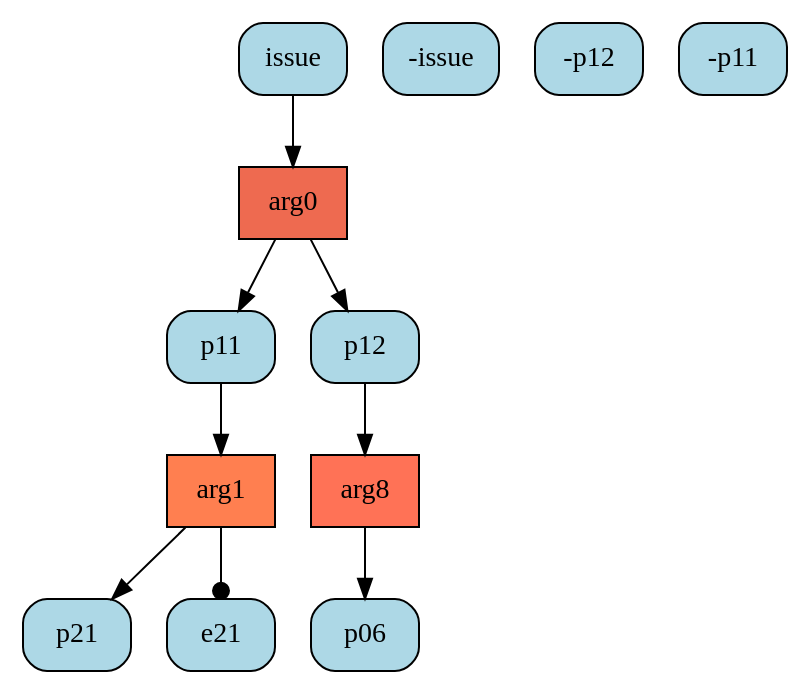
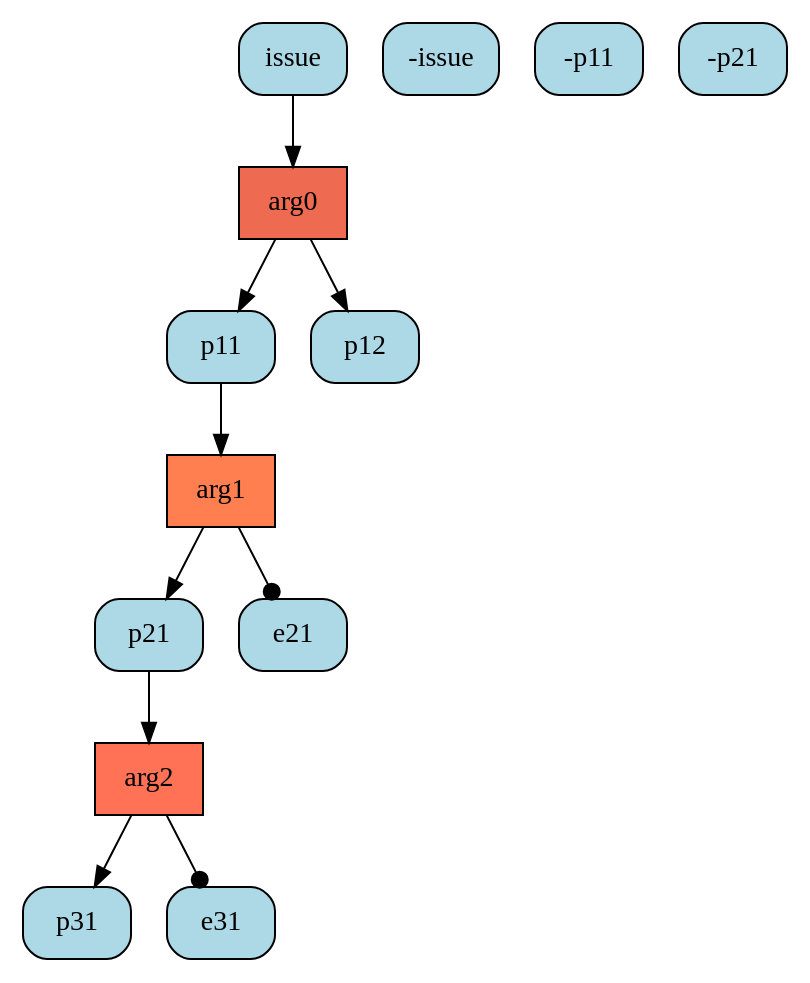
One commit to goweiting/carneades-ext changed the diagram in system/dot/deep1vs1/1_0-2.dot. Above: the diagram before and after it, drawn with Graphviz. The commit also changed 51 other files, not shown here.

Commit message:
included the original full graph

```diff
--- a/system/dot/deep1vs1/1_0-2.dot
+++ b/system/dot/deep1vs1/1_0-2.dot
@@ -1,22 +1,24 @@
 digraph G{ 
 "arg0" [color="black", fillcolor="coral2",fixedsize=false, shape=box, style="filled"]; 
 "issue" [color="black", fillcolor="lightblue", fixedsize=false,  shape="box", style="rounded,filled"]; 
 "-issue" [color="black", fillcolor="lightblue", fixedsize=false,  shape="box", style="rounded,filled"]; 
 "p11" [color="black", fillcolor="lightblue", fixedsize=false,  shape="box", style="rounded,filled"]; 
 "p12" [color="black", fillcolor="lightblue", fixedsize=false,  shape="box", style="rounded,filled"]; 
-"arg8" [color="black", fillcolor="coral1",fixedsize=false, shape=box, style="filled"]; 
-"-p12" [color="black", fillcolor="lightblue", fixedsize=false,  shape="box", style="rounded,filled"]; 
-"p06" [color="black", fillcolor="lightblue", fixedsize=false,  shape="box", style="rounded,filled"]; 
 "arg1" [color="black", fillcolor="coral",fixedsize=false, shape=box, style="filled"]; 
 "-p11" [color="black", fillcolor="lightblue", fixedsize=false,  shape="box", style="rounded,filled"]; 
 "p21" [color="black", fillcolor="lightblue", fixedsize=false,  shape="box", style="rounded,filled"]; 
 "e21" [color="black", fillcolor="lightblue", fixedsize=false,  shape="box", style="rounded,filled"]; 
+"arg2" [color="black", fillcolor="coral1",fixedsize=false, shape=box, style="filled"]; 
+"-p21" [color="black", fillcolor="lightblue", fixedsize=false,  shape="box", style="rounded,filled"]; 
+"p31" [color="black", fillcolor="lightblue", fixedsize=false,  shape="box", style="rounded,filled"]; 
+"e31" [color="black", fillcolor="lightblue", fixedsize=false,  shape="box", style="rounded,filled"]; 
 "issue" -> "arg0" ; 
 "arg0" -> "p11" ; 
 "arg0" -> "p12" ; 
-"p12" -> "arg8" ; 
-"arg8" -> "p06" ; 
 "p11" -> "arg1" ; 
 "arg1" -> "p21" ; 
 "arg1" -> "e21" [arrowhead=dot] ; 
+"p21" -> "arg2" ; 
+"arg2" -> "p31" ; 
+"arg2" -> "e31" [arrowhead=dot] ; 
 }
```
